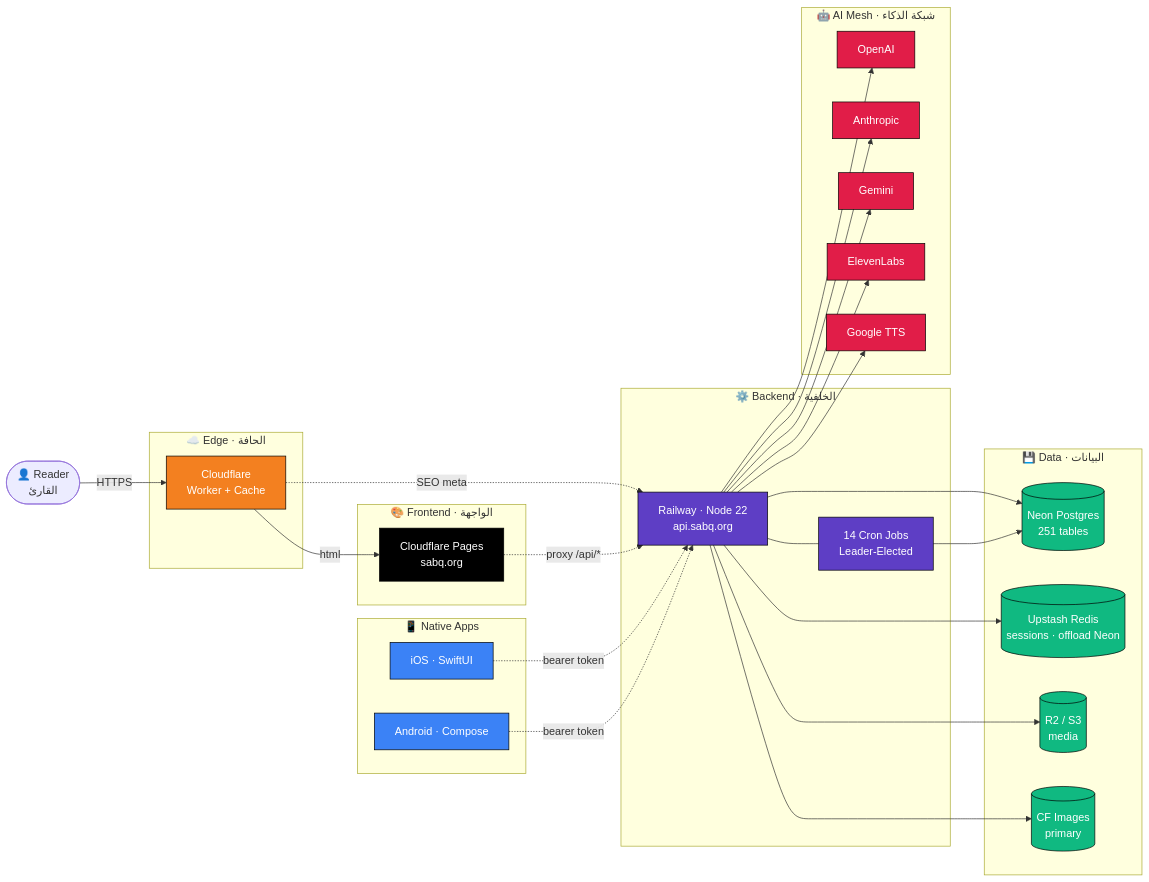
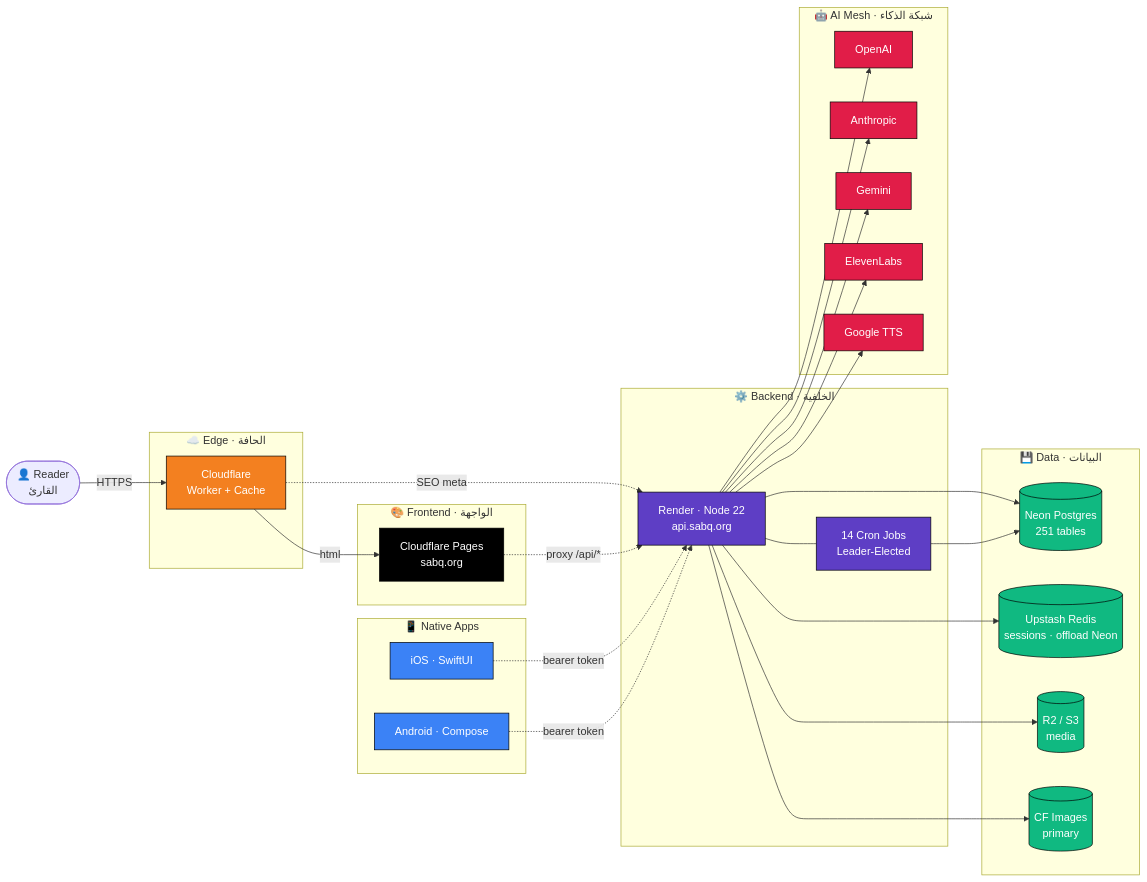
The diagram in README.md (sabq4org/sabq.org), drawn with Mermaid before and after one commit. The commit also changed other lines of this file and 48 other files, not shown here.

First line of the commit message:
chore(ops): remove Railway from the repo; Render is the production host

````diff
--- a/README.md
+++ b/README.md
@@ -126,63 +126,63 @@
 ```mermaid
 flowchart LR
     Reader([👤 Reader<br/>القارئ])
     
     subgraph Edge["☁️ Edge · الحافة"]
         CF[Cloudflare<br/>Worker + Cache]
     end
     
     subgraph Frontend["🎨 Frontend · الواجهة"]
         V[Cloudflare Pages<br/>sabq.org]
     end
     
     subgraph Backend["⚙️ Backend · الخلفية"]
-        R[Railway · Node 22<br/>api.sabq.org]
+        R[Render · Node 22<br/>api.sabq.org]
         Jobs[14 Cron Jobs<br/>Leader-Elected]
     end
     
     subgraph Data["💾 Data · البيانات"]
         N[(Neon Postgres<br/>251 tables)]
         U[(Upstash Redis<br/>sessions · offload Neon)]
         S3[(R2 / S3<br/>media)]
         CFI[(CF Images<br/>primary)]
     end
     
     subgraph AI["🤖 AI Mesh · شبكة الذكاء"]
         O[OpenAI]
         A[Anthropic]
         G[Gemini]
         E[ElevenLabs]
         T[Google TTS]
     end
     
     subgraph Mobile["📱 Native Apps"]
         iOS[iOS · SwiftUI]
         Android[Android · Compose]
     end
     
     Reader -->|HTTPS| CF
     CF -->|html| V
     CF -.SEO meta.-> R
     V -.proxy /api/*.-> R
     iOS -.bearer token.-> R
     Android -.bearer token.-> R
     
     R --> N & U & S3 & CFI
     R --> O & A & G & E & T
     R --- Jobs
     Jobs --> N
 
     classDef edge fill:#f38020,color:#fff,stroke:#000
     classDef front fill:#000,color:#fff,stroke:#000
     classDef back fill:#5e3ec5,color:#fff,stroke:#000
     classDef data fill:#10b981,color:#fff,stroke:#000
     classDef ai fill:#e11d48,color:#fff,stroke:#000
     classDef mobile fill:#3b82f6,color:#fff,stroke:#000
     
     class CF edge
     class V front
     class R,Jobs back
     class N,U,S3,CFI data
     class O,A,G,E,T ai
     class iOS,Android mobile
 ```
````
